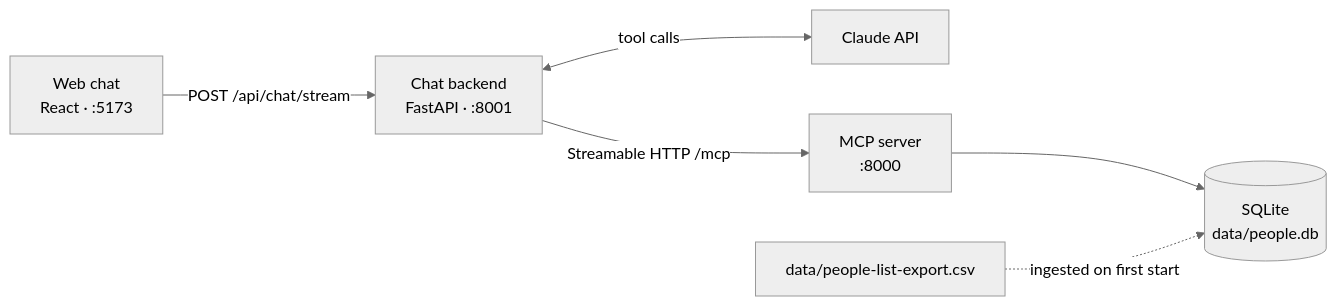
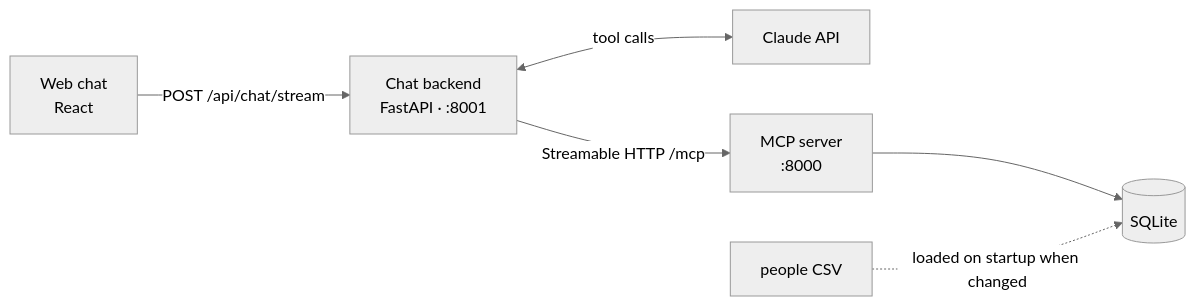
One commit to shira-ste/peopleSearch changed the diagram in README.md. Above: the diagram before and after it, drawn with Mermaid (neutral theme). The commit also changed other lines of this file and 10 other files, not shown here.

````diff
--- a/README.md
+++ b/README.md
@@ -10,8 +10,8 @@
 ```mermaid
 flowchart LR
-    UI["Web chat<br/>React · :5173"] -->|POST /api/chat/stream| API["Chat backend<br/>FastAPI · :8001"]
+    UI["Web chat<br/>React"] -->|POST /api/chat/stream| API["Chat backend<br/>FastAPI · :8001"]
     API <-->|tool calls| Claude["Claude API"]
     API -->|Streamable HTTP /mcp| MCP["MCP server<br/>:8000"]
-    MCP --> DB[("SQLite<br/>data/people.db")]
-    CSV["data/people-list-export.csv"] -.->|ingested on first start| DB
+    MCP --> DB[("SQLite")]
+    CSV["people CSV"] -.->|loaded on startup when changed| DB
 ```
````
